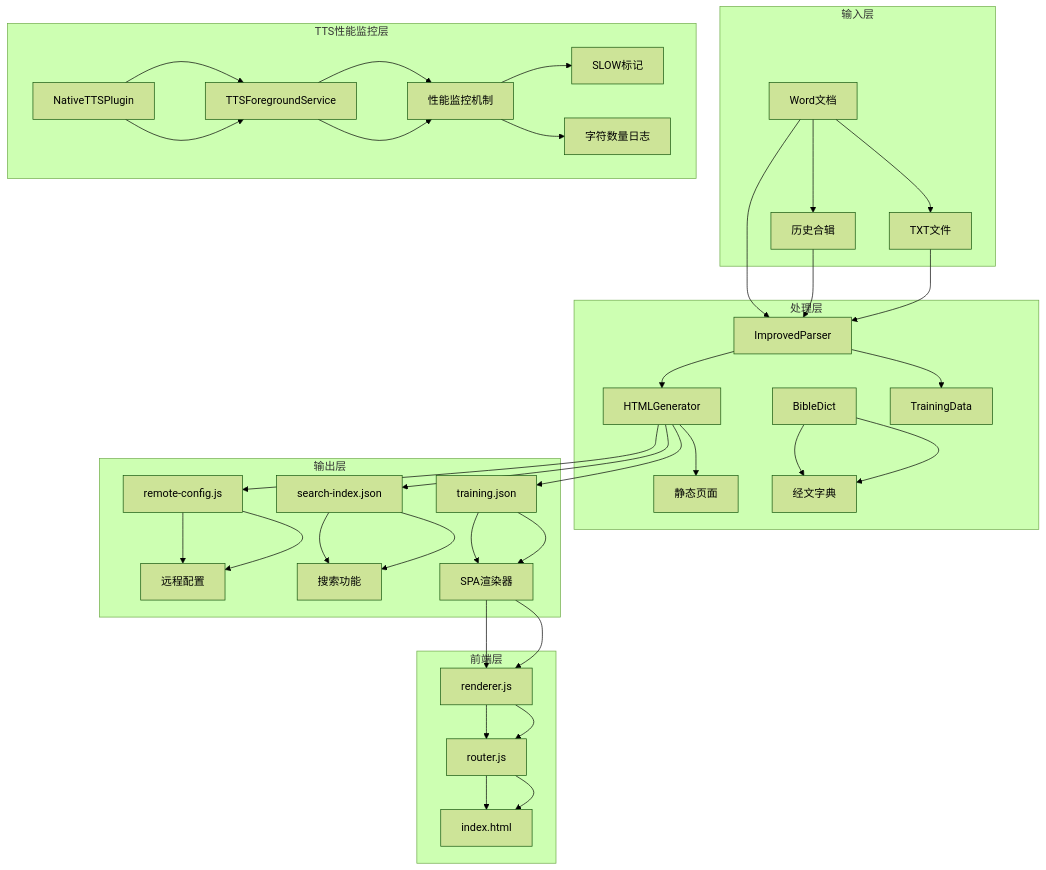
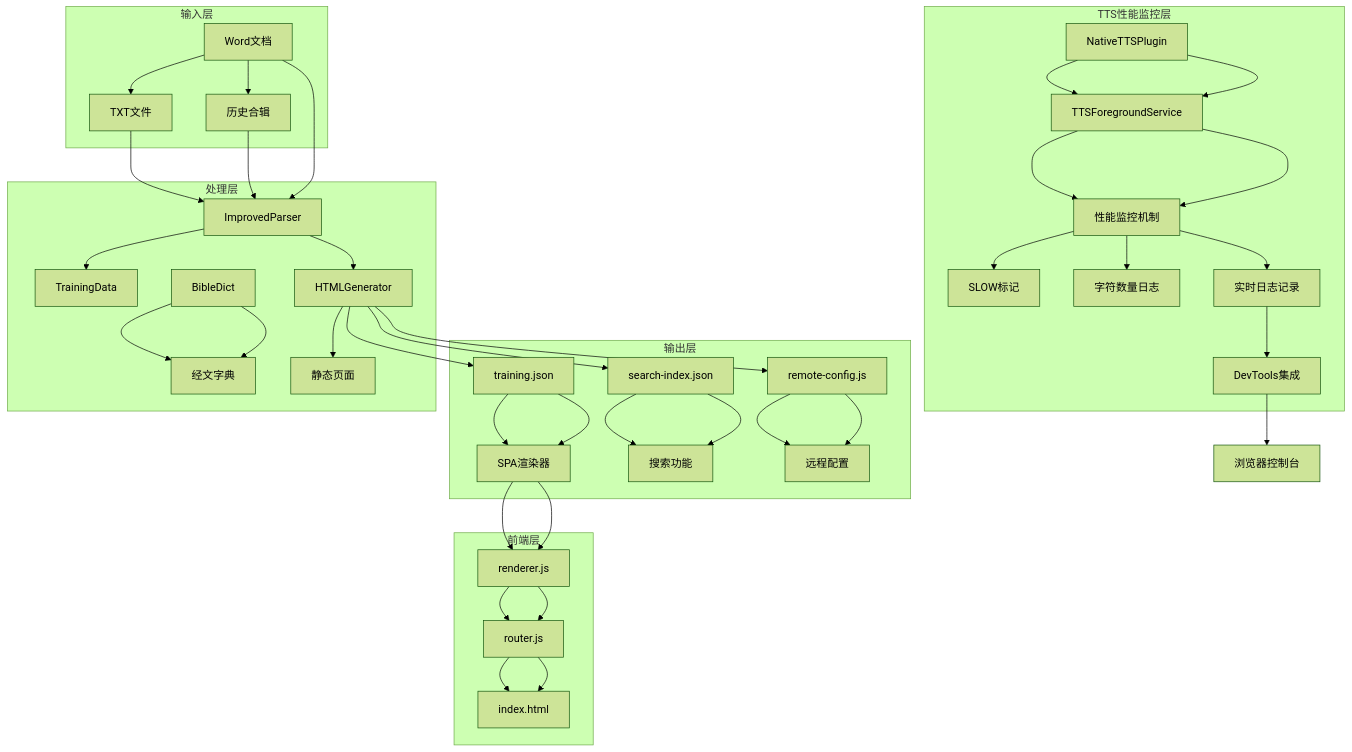
Before and after one commit to zhao-zg/cx: the second of 7 diagrams in .qoder/repowiki/zh/content/移动应用开发/TTS静态实例管理系统.md, drawn with Mermaid (forest theme). The commit also changed other lines of this file and 34 other files, not shown here.

````diff
--- a/.qoder/repowiki/zh/content/移动应用开发/TTS静态实例管理系统.md
+++ b/.qoder/repowiki/zh/content/移动应用开发/TTS静态实例管理系统.md
@@ -138,44 +145,47 @@
 ```mermaid
 graph TB
 subgraph "输入层"
 A[Word文档] --> B[TXT文件]
 A --> C[历史合辑]
 end
 subgraph "处理层"
 D[ImprovedParser] --> E[TrainingData]
 F[BibleDict] --> G[经文字典]
 H[HTMLGenerator] --> I[静态页面]
 end
 subgraph "输出层"
 J[training.json] --> K[SPA渲染器]
 L[search-index.json] --> M[搜索功能]
 N[remote-config.js] --> O[远程配置]
 end
 subgraph "前端层"
 K --> P[renderer.js]
 P --> Q[router.js]
 Q --> R[index.html]
 end
 subgraph "TTS性能监控层"
 S[NativeTTSPlugin] --> T[TTSForegroundService]
 T --> U[性能监控机制]
 U --> V[SLOW标记]
 U --> W[字符数量日志]
+U --> X[实时日志记录]
+X --> Y[DevTools集成]
 end
 A --> D
 B --> D
 C --> D
 D --> H
 F --> G
 H --> J
 H --> L
 H --> N
 J --> K
 L --> M
 N --> O
 K --> P
 P --> Q
 Q --> R
 S --> T
 T --> U
+Y --> Z[浏览器控制台]
 ```
````
